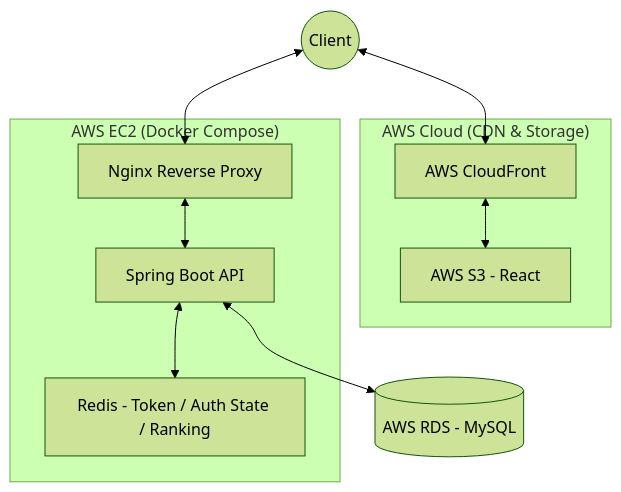
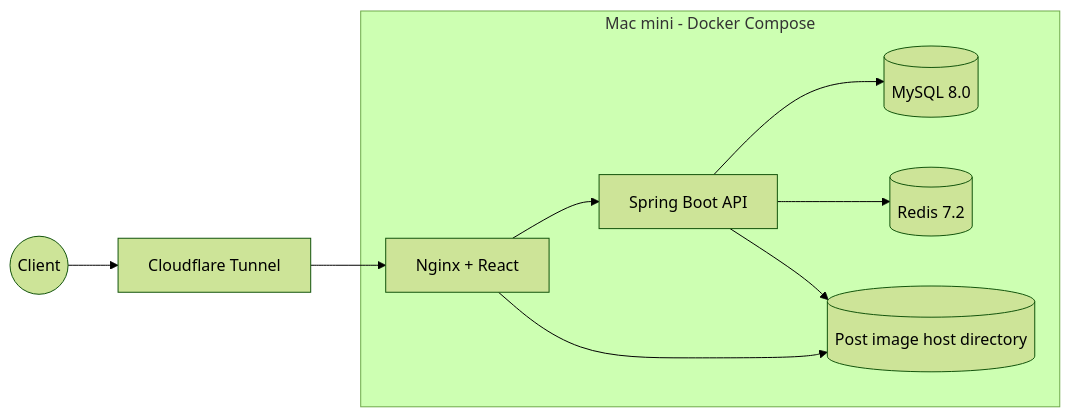
Before and after one commit to xxh3898/cubing-hub: the first of 2 diagrams in docs/System Architecture.md, drawn with Mermaid (forest theme). The commit also changed other lines of this file and 4 other files, not shown here.

First line of the commit message:
docs: Mac mini 운영 구조와 배포 상태 동기화

````diff
--- a/docs/System Architecture.md
+++ b/docs/System Architecture.md
@@ -5,24 +5,21 @@
 ```mermaid
-graph TD
+flowchart LR
     Client((Client))
+    CF[Cloudflare Tunnel]
 
-    subgraph AWS_Cloud ["AWS Cloud (CDN & Storage)"]
-        CF[AWS CloudFront]
-        S3[AWS S3 - React]
+    subgraph MacMini["Mac mini - Docker Compose"]
+        Web[Nginx + React]
+        API[Spring Boot API]
+        MySQL[(MySQL 8.0)]
+        Redis[(Redis 7.2)]
+        Images[(Post image host directory)]
     end
 
-    subgraph AWS_EC2 ["AWS EC2 (Docker Compose)"]
-        Nginx[Nginx Reverse Proxy]
-        SB[Spring Boot API]
-        Redis[Redis - Token / Auth State / Ranking]
-    end
-
-    RDS[(AWS RDS - MySQL)]
-
-    Client <--> CF
-    CF <--> S3
-    Client <--> Nginx
-    Nginx <--> SB
-    SB <--> Redis
-    SB <--> RDS
+    Client --> CF
+    CF --> Web
+    Web --> API
+    Web --> Images
+    API --> MySQL
+    API --> Redis
+    API --> Images
 ```
````
